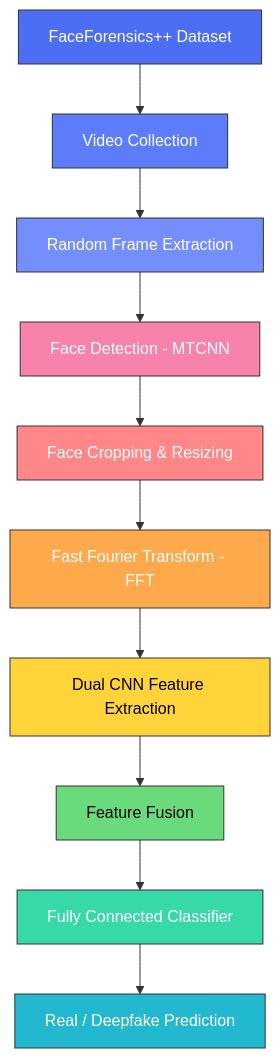
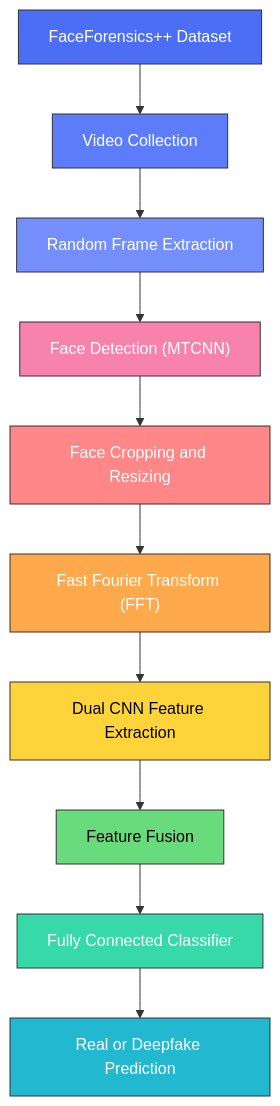
One commit to Anishithavaram-4242/deepfake_detection changed the first of 3 diagrams in README.md. Above: the diagram before and after it, drawn with Mermaid. The commit also changed other lines of this file, not shown here.

````diff
--- a/README.md
+++ b/README.md
@@ -32,23 +32,23 @@
 ```mermaid
 flowchart TD
-    A[FaceForensics++ Dataset] --> B[Video Collection]
-    B --> C[Random Frame Extraction]
-    C --> D[Face Detection - MTCNN]
-    D --> E[Face Cropping & Resizing]
-    E --> F[Fast Fourier Transform - FFT]
-    F --> G[Dual CNN Feature Extraction]
-    G --> H[Feature Fusion]
-    H --> I[Fully Connected Classifier]
-    I --> J[Real / Deepfake Prediction]
+    A["FaceForensics++ Dataset"] --> B["Video Collection"]
+    B --> C["Random Frame Extraction"]
+    C --> D["Face Detection (MTCNN)"]
+    D --> E["Face Cropping and Resizing"]
+    E --> F["Fast Fourier Transform (FFT)"]
+    F --> G["Dual CNN Feature Extraction"]
+    G --> H["Feature Fusion"]
+    H --> I["Fully Connected Classifier"]
+    I --> J["Real or Deepfake Prediction"]
 
     style A fill:#4C6EF5,color:#fff,stroke:#333
     style B fill:#5C7CFA,color:#fff,stroke:#333
     style C fill:#748FFC,color:#fff,stroke:#333
     style D fill:#F783AC,color:#fff,stroke:#333
     style E fill:#FF8787,color:#fff,stroke:#333
     style F fill:#FFA94D,color:#fff,stroke:#333
     style G fill:#FFD43B,color:#000,stroke:#333
     style H fill:#69DB7C,color:#000,stroke:#333
     style I fill:#38D9A9,color:#fff,stroke:#333
     style J fill:#22B8CF,color:#fff,stroke:#333
 ```
````
